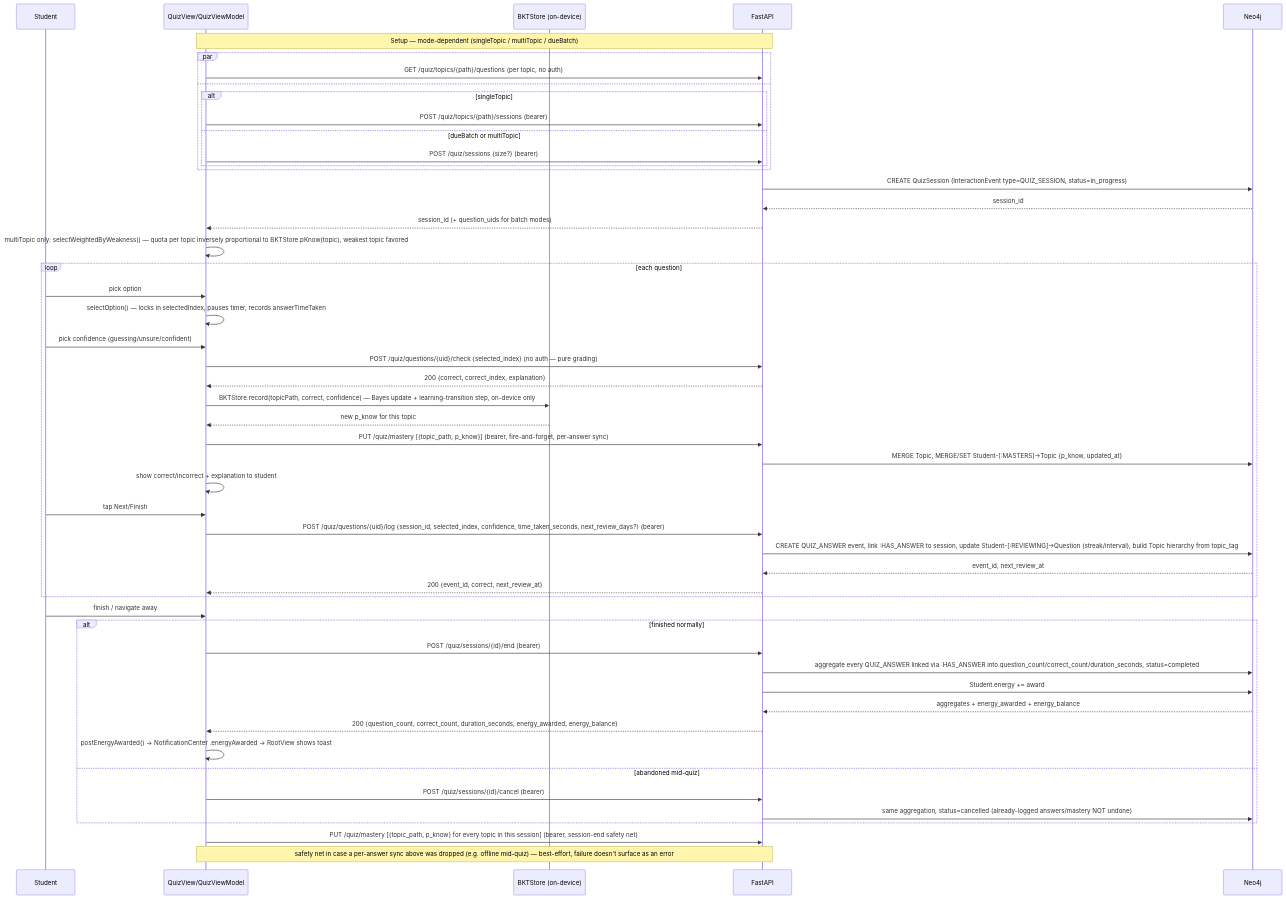
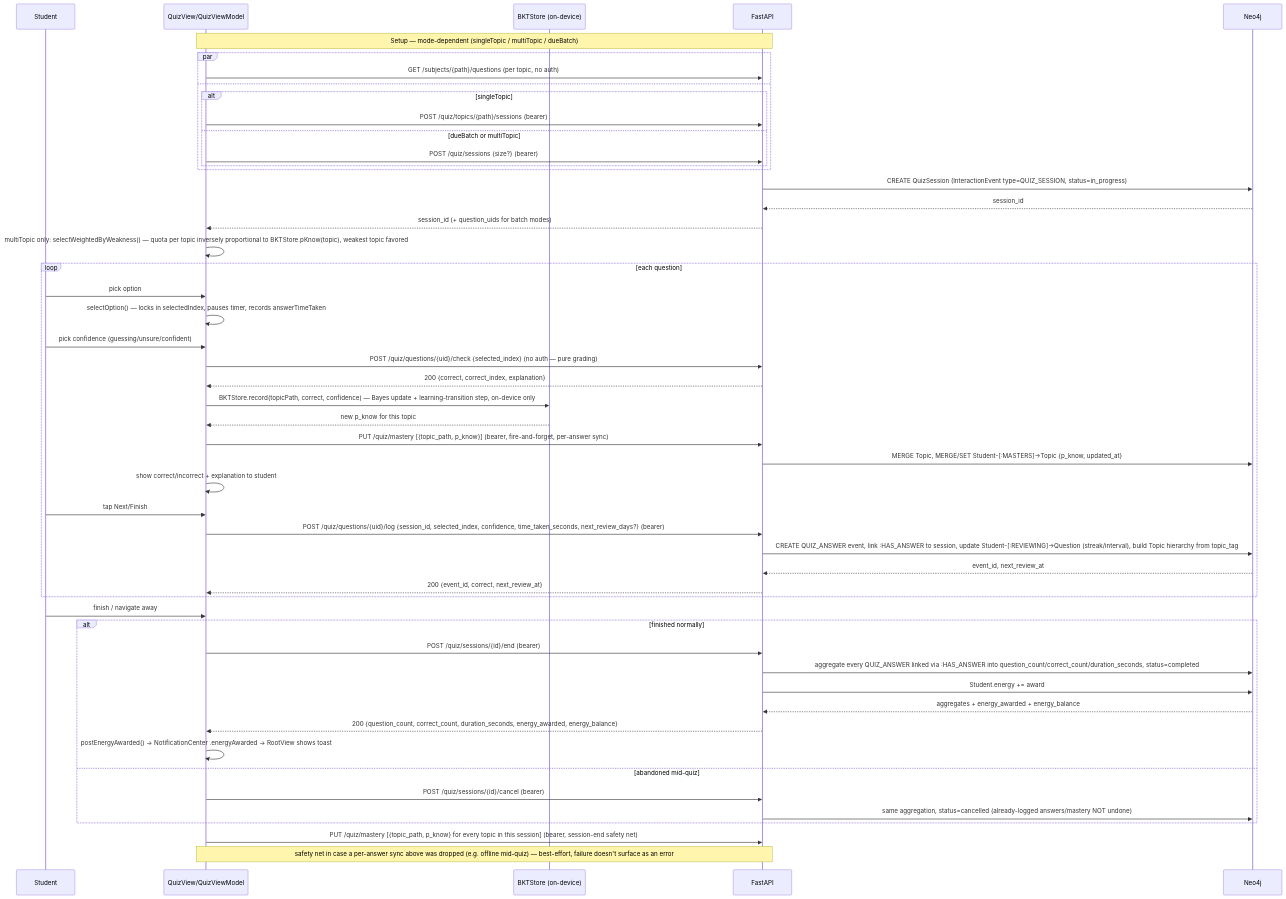
The fourth of 6 diagrams in docs/10-frontend-integration.md (medical-uc/intelligent-tutoring-system-for-medical-student), drawn with Mermaid before and after one commit. The commit also changed 7 other files, not shown here.

First line of the commit message:
refactor(api): extract subject/topic catalog into own router

````diff
--- a/docs/10-frontend-integration.md
+++ b/docs/10-frontend-integration.md
@@ -165,56 +165,56 @@
 ```mermaid
 sequenceDiagram
     participant U as Student
     participant QV as QuizView/QuizViewModel
     participant BKT as BKTStore (on-device)
     participant API as FastAPI
     participant N as Neo4j
 
     Note over QV,API: Setup — mode-dependent (singleTopic / multiTopic / dueBatch)
     par
-        QV->>API: GET /quiz/topics/{path}/questions  (per topic, no auth)
+        QV->>API: GET /subjects/{path}/questions  (per topic, no auth)
     and
         alt singleTopic
             QV->>API: POST /quiz/topics/{path}/sessions  (bearer)
         else dueBatch or multiTopic
             QV->>API: POST /quiz/sessions {size?}  (bearer)
         end
     end
     API->>N: CREATE QuizSession (InteractionEvent type=QUIZ_SESSION, status=in_progress)
     N-->>API: session_id
     API-->>QV: session_id (+ question_uids for batch modes)
     QV->>QV: multiTopic only: selectWeightedByWeakness() — quota per topic inversely proportional to BKTStore.pKnow(topic), weakest topic favored
 
     loop each question
         U->>QV: pick option
         QV->>QV: selectOption() — locks in selectedIndex, pauses timer, records answerTimeTaken
         U->>QV: pick confidence (guessing/unsure/confident)
         QV->>API: POST /quiz/questions/{uid}/check {selected_index}  (no auth — pure grading)
         API-->>QV: 200 {correct, correct_index, explanation}
         QV->>BKT: BKTStore.record(topicPath, correct, confidence) — Bayes update + learning-transition step, on-device only
         BKT-->>QV: new p_know for this topic
         QV->>API: PUT /quiz/mastery [{topic_path, p_know}]  (bearer, fire-and-forget, per-answer sync)
         API->>N: MERGE Topic, MERGE/SET Student-[:MASTERS]->Topic {p_know, updated_at}
         QV->>QV: show correct/incorrect + explanation to student
         U->>QV: tap Next/Finish
         QV->>API: POST /quiz/questions/{uid}/log {session_id, selected_index, confidence, time_taken_seconds, next_review_days?}  (bearer)
         API->>N: CREATE QUIZ_ANSWER event, link :HAS_ANSWER to session, update Student-[:REVIEWING]->Question (streak/interval), build Topic hierarchy from topic_tag
         N-->>API: event_id, next_review_at
         API-->>QV: 200 {event_id, correct, next_review_at}
     end
 
     U->>QV: finish / navigate away
     alt finished normally
         QV->>API: POST /quiz/sessions/{id}/end  (bearer)
         API->>N: aggregate every QUIZ_ANSWER linked via :HAS_ANSWER into question_count/correct_count/duration_seconds, status=completed
         API->>N: Student.energy += award
         N-->>API: aggregates + energy_awarded + energy_balance
         API-->>QV: 200 {question_count, correct_count, duration_seconds, energy_awarded, energy_balance}
         QV->>QV: postEnergyAwarded() -> NotificationCenter .energyAwarded -> RootView shows toast
     else abandoned mid-quiz
         QV->>API: POST /quiz/sessions/{id}/cancel  (bearer)
         API->>N: same aggregation, status=cancelled (already-logged answers/mastery NOT undone)
     end
     QV->>API: PUT /quiz/mastery [{topic_path, p_know} for every topic in this session]  (bearer, session-end safety net)
     Note over QV,API: safety net in case a per-answer sync above was dropped (e.g. offline mid-quiz) — best-effort, failure doesn't surface as an error
 ```
````
